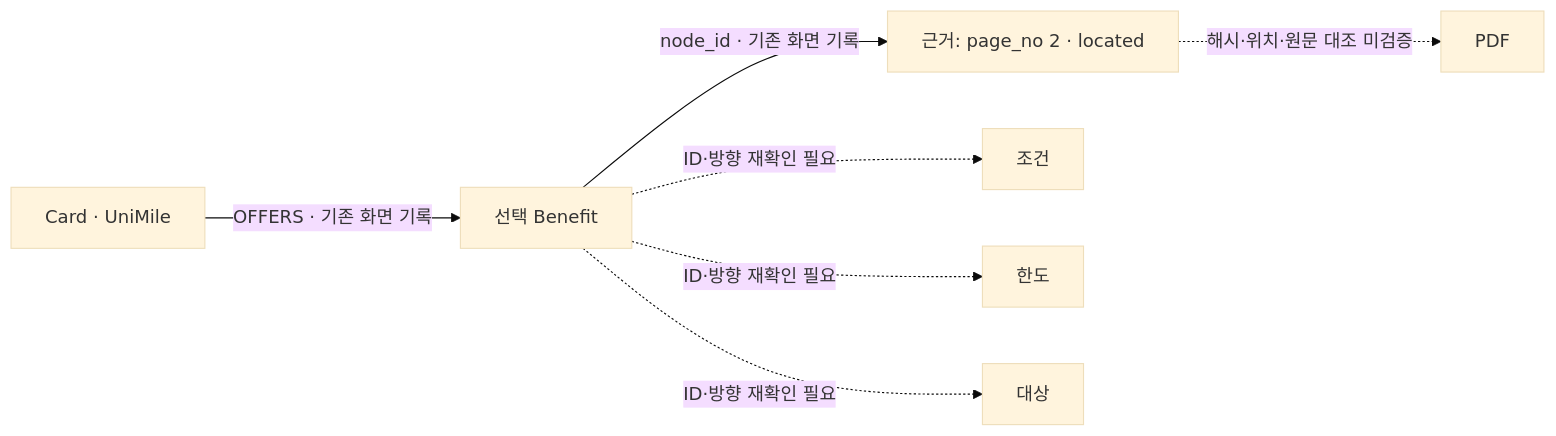
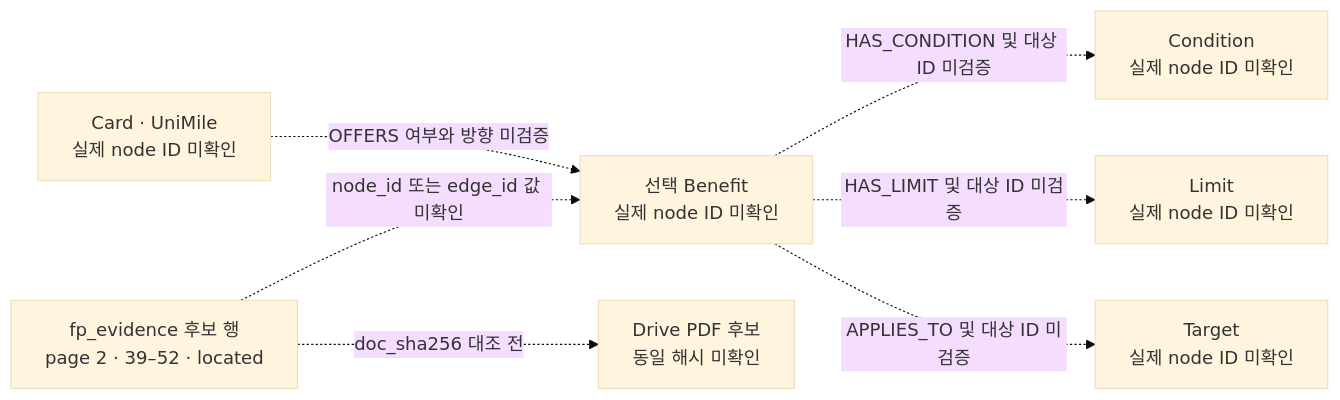
One commit to encore-ai-campus/mle-02-p2-team3 changed the fourth of 4 diagrams in src/card_benefit/payment_card/file_pipeline/chat/카드혜택-Supabase-구조-보완-초안.md. Above: the diagram before and after it, drawn with Mermaid (base theme). The commit also changed other lines of this file and 2 other files, not shown here.

````diff
--- a/src/card_benefit/payment_card/file_pipeline/chat/카드혜택-Supabase-구조-보완-초안.md
+++ b/src/card_benefit/payment_card/file_pipeline/chat/카드혜택-Supabase-구조-보완-초안.md
@@ -52,9 +95,17 @@
 ```mermaid
 flowchart LR
- C["Card · UniMile"] -->|"OFFERS · 기존 화면 기록"| B["선택 Benefit"]
- B -->|"node_id · 기존 화면 기록"| V["근거: page_no 2 · located"]
- B -. "ID·방향 재확인 필요" .-> Q[조건]
- B -. "ID·방향 재확인 필요" .-> L[한도]
- B -. "ID·방향 재확인 필요" .-> T[대상]
- V -. "해시·위치·원문 대조 미검증" .-> P[PDF]
+    C[Card · UniMile<br/>실제 node ID 미확인]
+    B[선택 Benefit<br/>실제 node ID 미확인]
+    Q[Condition<br/>실제 node ID 미확인]
+    L[Limit<br/>실제 node ID 미확인]
+    T[Target<br/>실제 node ID 미확인]
+    E[fp_evidence 후보 행<br/>page 2 · 39–52 · located]
+    P[Drive PDF 후보<br/>동일 해시 미확인]
+
+    C -. OFFERS 여부와 방향 미검증 .-> B
+    B -. HAS_CONDITION 및 대상 ID 미검증 .-> Q
+    B -. HAS_LIMIT 및 대상 ID 미검증 .-> L
+    B -. APPLIES_TO 및 대상 ID 미검증 .-> T
+    E -. node_id 또는 edge_id 값 미확인 .-> B
+    E -. doc_sha256 대조 전 .-> P
 ```
````
